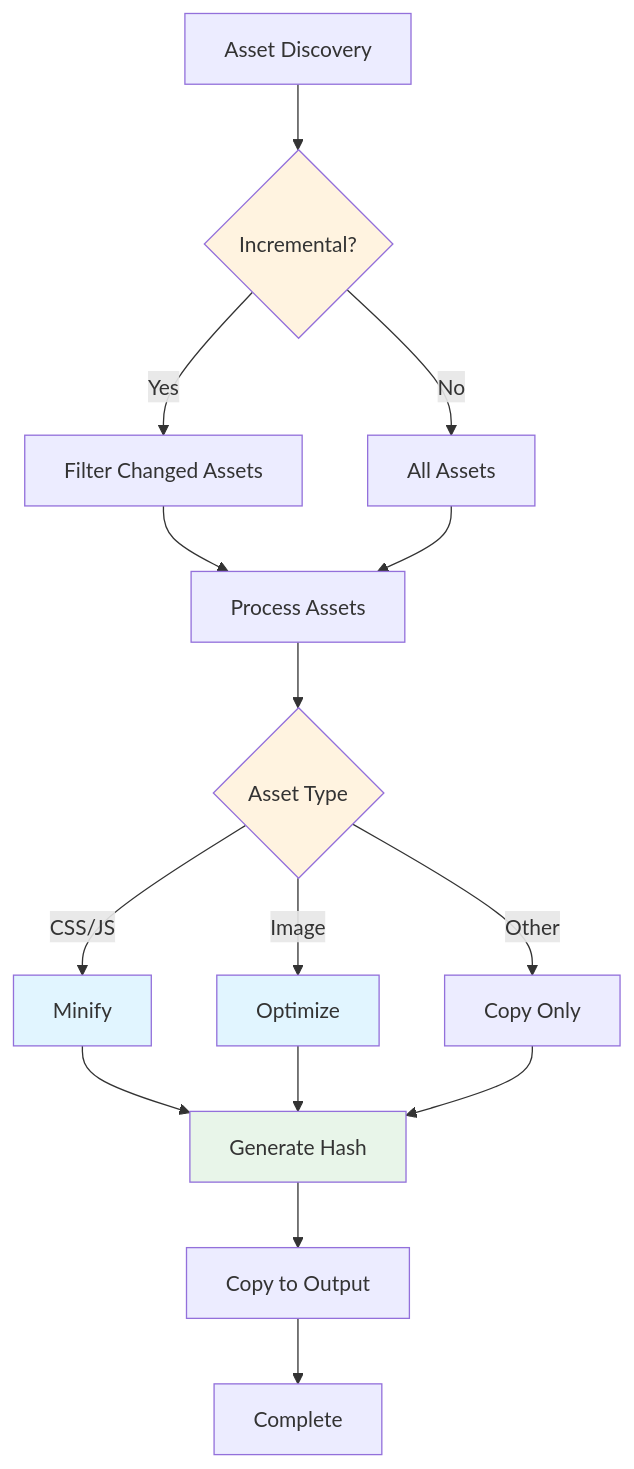
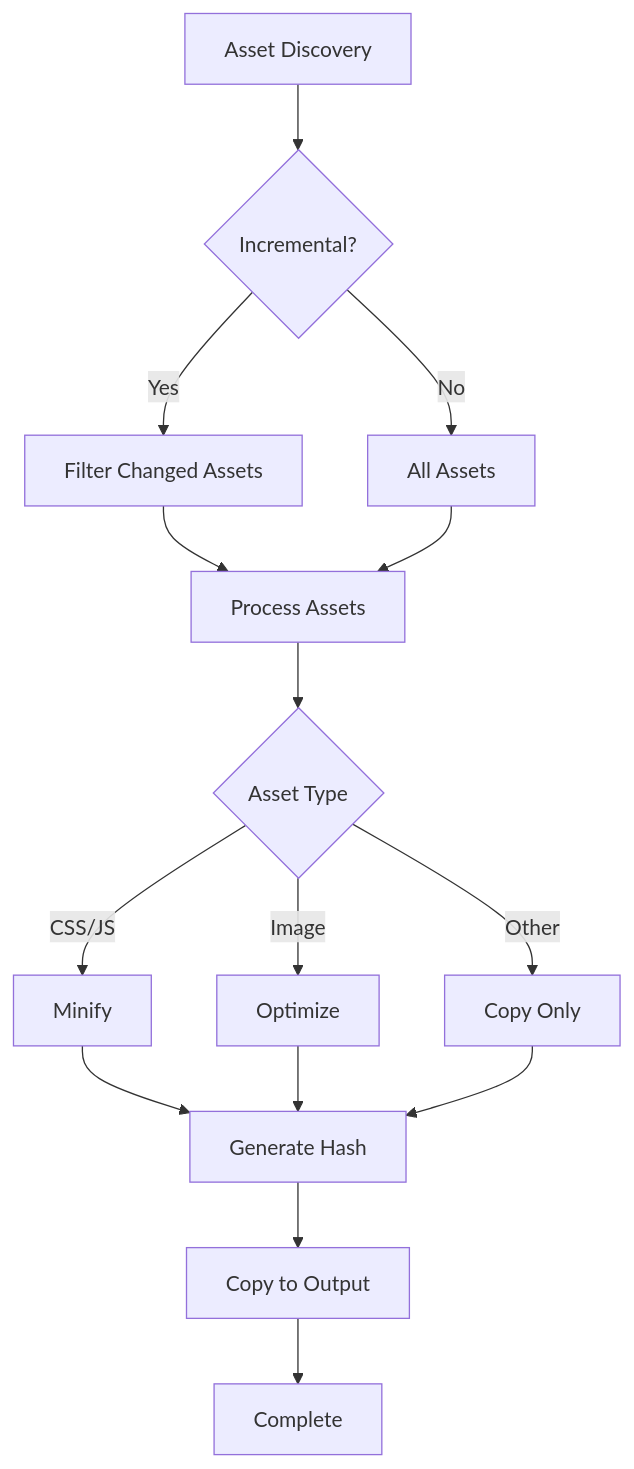
Before and after one commit to lbliii/bengal: the diagram in site/content/architecture/rendering/assets-pipeline.md, drawn with Mermaid. The commit also changed 13 other files, not shown here.

Commit message:
mermaid enhancements

````diff
--- a/site/content/architecture/rendering/assets-pipeline.md
+++ b/site/content/architecture/rendering/assets-pipeline.md
@@ -137,29 +137,23 @@
 ```mermaid
 flowchart TD
     Start[Asset Discovery] --> Filter{Incremental?}
 
     Filter -->|Yes| Changed[Filter Changed Assets]
     Filter -->|No| All[All Assets]
 
     Changed --> Process[Process Assets]
     All --> Process
 
     Process --> Check{Asset Type}
 
     Check -->|CSS/JS| Minify[Minify]
     Check -->|Image| Optimize[Optimize]
     Check -->|Other| Copy[Copy Only]
 
     Minify --> Hash[Generate Hash]
     Optimize --> Hash
     Copy --> Hash
 
     Hash --> Output[Copy to Output]
     Output --> Done[Complete]
-
-    style Filter fill:#fff3e0
-    style Check fill:#fff3e0
-    style Minify fill:#e1f5ff
-    style Optimize fill:#e1f5ff
-    style Hash fill:#e8f5e9
 ```
````
